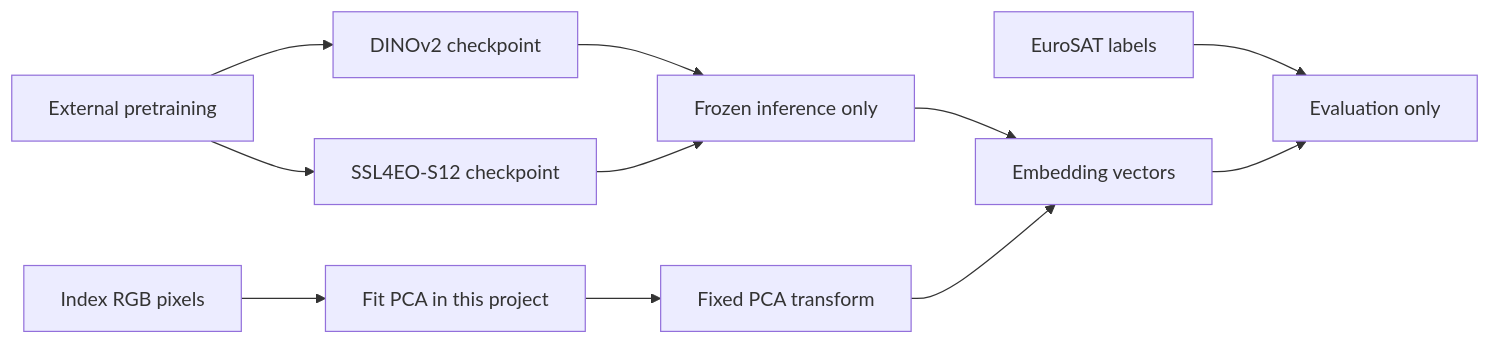
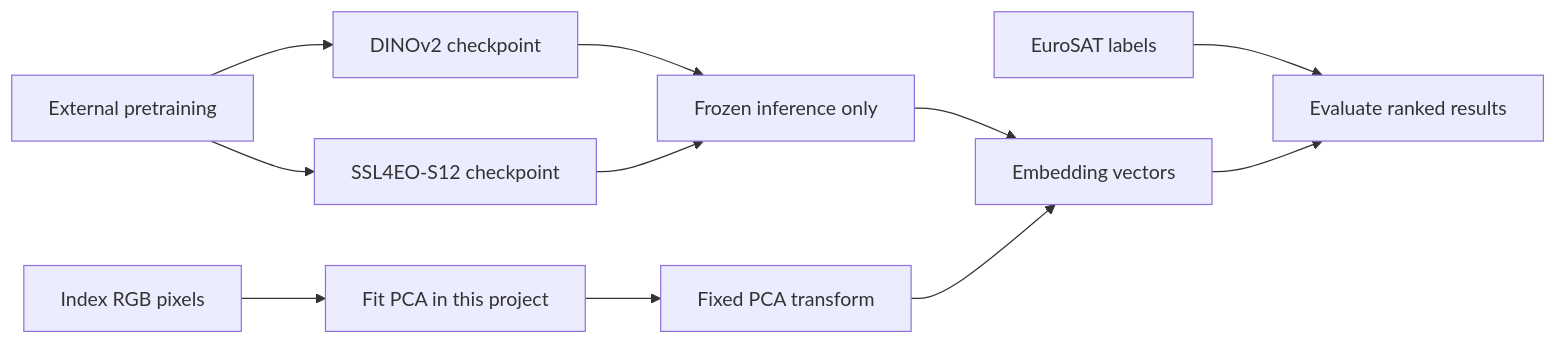
One commit to NikosMav/eo-visual-retrieval changed the second of 2 diagrams in docs/architecture.md. Above: the diagram before and after it, drawn with Mermaid. The commit also changed other lines of this file and 30 other files, not shown here.

````diff
--- a/docs/architecture.md
+++ b/docs/architecture.md
@@ -54,13 +54,13 @@
 ```mermaid
 flowchart LR
     External[External pretraining] --> DWeights[DINOv2 checkpoint]
     External --> SWeights[SSL4EO-S12 checkpoint]
     DWeights --> Frozen[Frozen inference only]
     SWeights --> Frozen
     Index[Index RGB pixels] --> Fit[Fit PCA in this project]
     Fit --> FrozenPCA[Fixed PCA transform]
     Frozen --> Vectors[Embedding vectors]
     FrozenPCA --> Vectors
-    Labels[EuroSAT labels] --> Evaluation[Evaluation only]
+    Labels[EuroSAT labels] --> Evaluation[Evaluate ranked results]
     Vectors --> Evaluation
 ```
````
